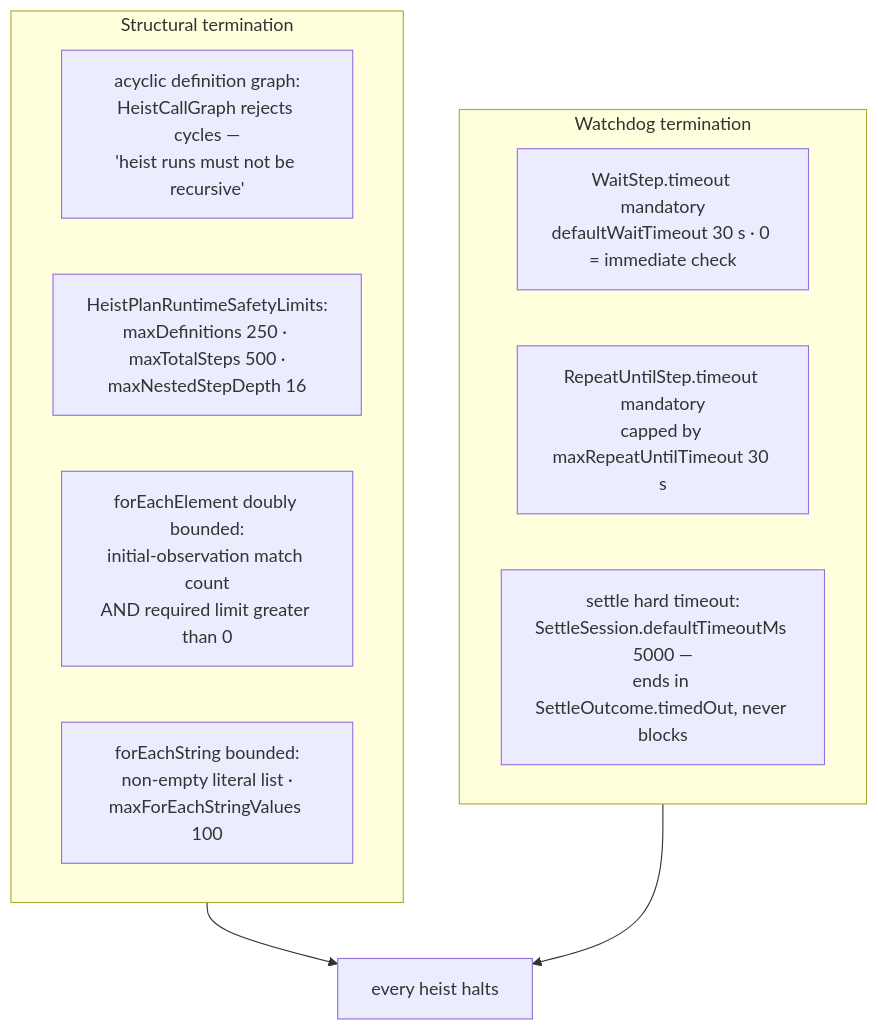
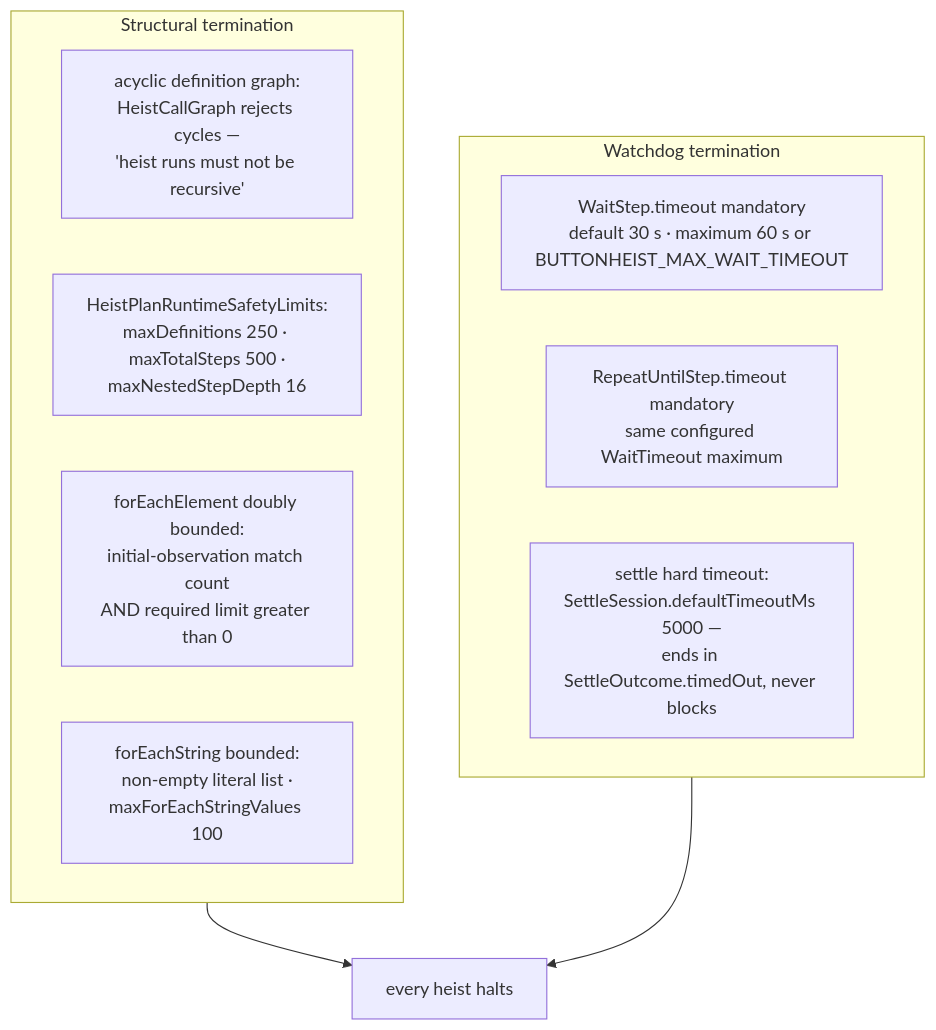
The diagram in docs/diagrams/totality.md (RoyalPineapple/TheButtonHeist), drawn with Mermaid before and after one commit. The commit also changed 25 other files, not shown here.

First line of the commit message:
Complete engineering quality gates and configurable wait timeout (#1352)

````diff
--- a/docs/diagrams/totality.md
+++ b/docs/diagrams/totality.md
@@ -8,20 +8,20 @@
 ```mermaid
 flowchart TD
     HALT["every heist halts"]
 
     subgraph structural["Structural termination"]
         ACYCLIC["acyclic definition graph:<br/>HeistCallGraph rejects cycles —<br/>'heist runs must not be recursive'"]
         LIMITS["HeistPlanRuntimeSafetyLimits:<br/>maxDefinitions 250 · maxTotalSteps 500 ·<br/>maxNestedStepDepth 16"]
         FOREACH["forEachElement doubly bounded:<br/>initial-observation match count<br/>AND required limit greater than 0"]
         FORSTR["forEachString bounded:<br/>non-empty literal list ·<br/>maxForEachStringValues 100"]
     end
 
     subgraph watchdog["Watchdog termination"]
-        WAITT["WaitStep.timeout mandatory<br/>defaultWaitTimeout 30 s · 0 = immediate check"]
-        REPEATT["RepeatUntilStep.timeout mandatory<br/>capped by maxRepeatUntilTimeout 30 s"]
+        WAITT["WaitStep.timeout mandatory<br/>default 30 s · maximum 60 s or BUTTONHEIST_MAX_WAIT_TIMEOUT"]
+        REPEATT["RepeatUntilStep.timeout mandatory<br/>same configured WaitTimeout maximum"]
         SETTLET["settle hard timeout:<br/>SettleSession.defaultTimeoutMs 5000 —<br/>ends in SettleOutcome.timedOut, never blocks"]
     end
 
     structural --> HALT
     watchdog --> HALT
 ```
````
